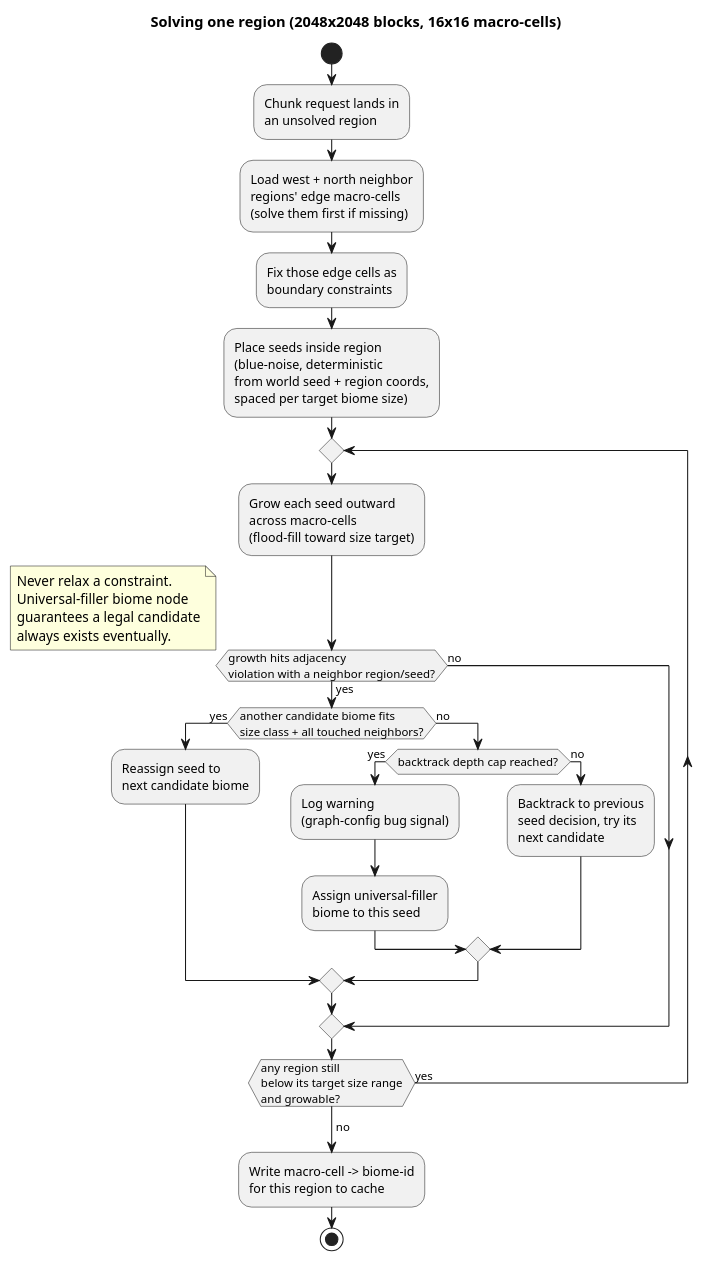
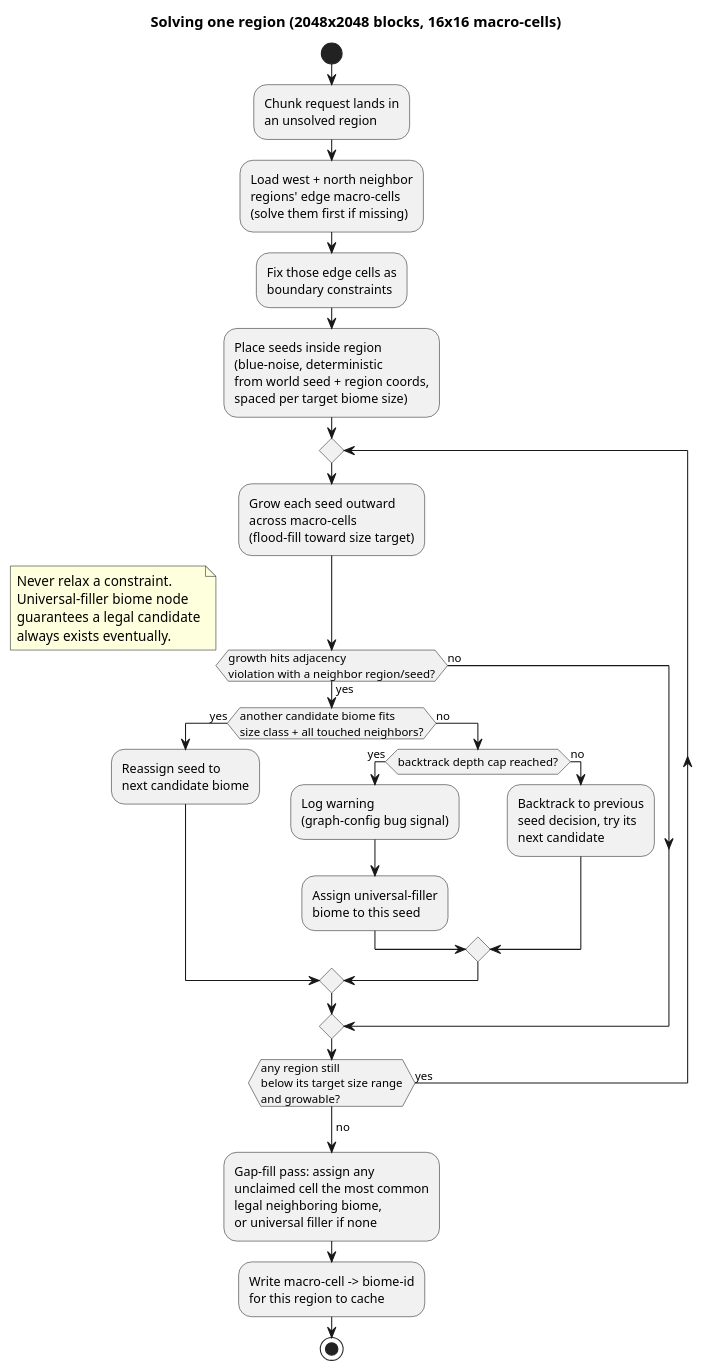
One commit to Boulede987/Mine-Utz changed the diagram in companion-mods/mineutze-worldgen/doc/region-solve-activity.puml. Above: the diagram before and after it, drawn with PlantUML. The commit also changed 14 other files, not shown here.

```diff
--- a/companion-mods/mineutze-worldgen/doc/region-solve-activity.puml
+++ b/companion-mods/mineutze-worldgen/doc/region-solve-activity.puml
@@ -1,37 +1,38 @@
 @startuml
 title Solving one region (2048x2048 blocks, 16x16 macro-cells)
 
 start
 :Chunk request lands in\nan unsolved region;
 :Load west + north neighbor\nregions' edge macro-cells\n(solve them first if missing);
 :Fix those edge cells as\nboundary constraints;
 :Place seeds inside region\n(blue-noise, deterministic\nfrom world seed + region coords,\nspaced per target biome size);
 
 repeat
   :Grow each seed outward\nacross macro-cells\n(flood-fill toward size target);
   if (growth hits adjacency\nviolation with a neighbor region/seed?) then (yes)
     if (another candidate biome fits\nsize class + all touched neighbors?) then (yes)
       :Reassign seed to\nnext candidate biome;
     else (no)
       if (backtrack depth cap reached?) then (yes)
         :Log warning\n(graph-config bug signal);
         :Assign universal-filler\nbiome to this seed;
       else (no)
         :Backtrack to previous\nseed decision, try its\nnext candidate;
       endif
     endif
   else (no)
   endif
 repeat while (any region still\nbelow its target size range\nand growable?) is (yes)
 ->no;
 
 note right
   Never relax a constraint.
   Universal-filler biome node
   guarantees a legal candidate
   always exists eventually.
 end note
 
+:Gap-fill pass: assign any\nunclaimed cell the most common\nlegal neighboring biome,\nor universal filler if none;
 :Write macro-cell -> biome-id\nfor this region to cache;
 stop
 @enduml
```
